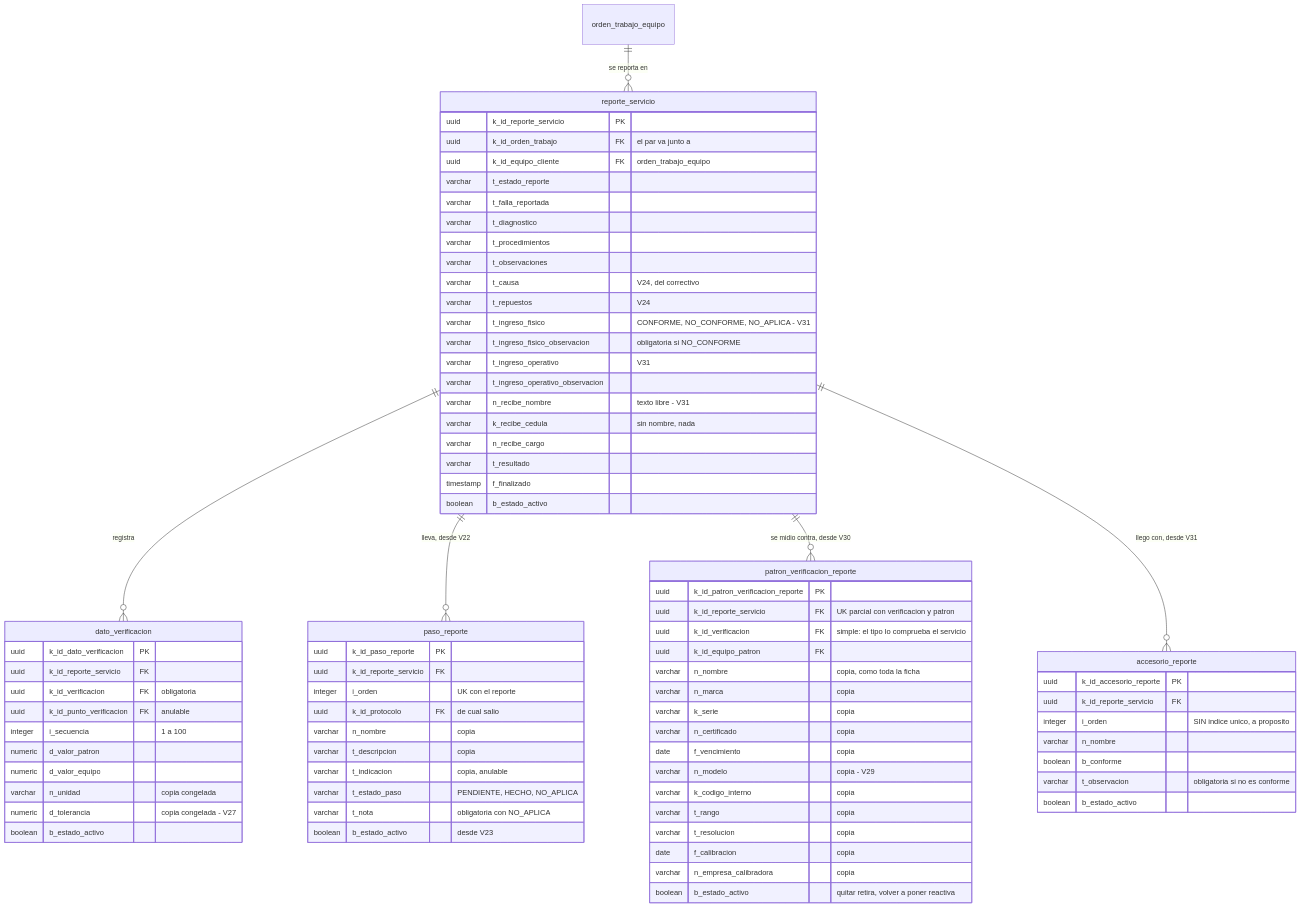
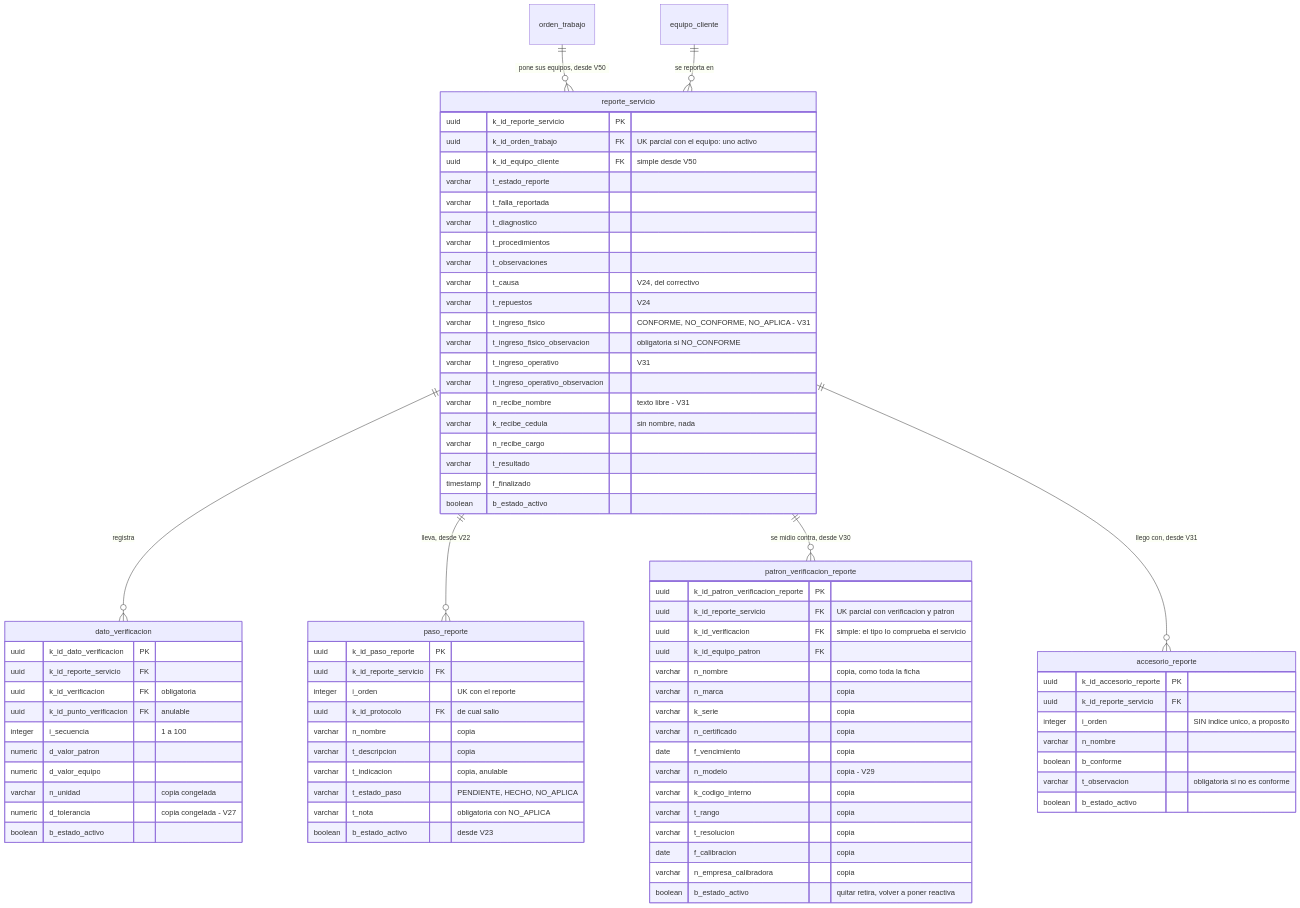
Diagram 12 of 12 in SecondBrain/wiki/base-de-datos/esquema-bd-malphasos.md (SeanBol222/MalphasOs), drawn with Mermaid before and after one commit. The commit also changed other lines of this file and 9 other files, not shown here.

````diff
--- a/SecondBrain/wiki/base-de-datos/esquema-bd-malphasos.md
+++ b/SecondBrain/wiki/base-de-datos/esquema-bd-malphasos.md
@@ -740,81 +742,82 @@
 ```mermaid
 erDiagram
-    orden_trabajo_equipo ||--o{ reporte_servicio : "se reporta en"
+    orden_trabajo ||--o{ reporte_servicio : "pone sus equipos, desde V50"
+    equipo_cliente ||--o{ reporte_servicio : "se reporta en"
     reporte_servicio ||--o{ dato_verificacion : "registra"
     reporte_servicio ||--o{ paso_reporte : "lleva, desde V22"
     reporte_servicio ||--o{ patron_verificacion_reporte : "se midio contra, desde V30"
     reporte_servicio ||--o{ accesorio_reporte : "llego con, desde V31"
     patron_verificacion_reporte {
         uuid k_id_patron_verificacion_reporte PK
         uuid k_id_reporte_servicio FK "UK parcial con verificacion y patron"
         uuid k_id_verificacion FK "simple: el tipo lo comprueba el servicio"
         uuid k_id_equipo_patron FK
         varchar n_nombre "copia, como toda la ficha"
         varchar n_marca "copia"
         varchar k_serie "copia"
         varchar n_certificado "copia"
         date f_vencimiento "copia"
         varchar n_modelo "copia - V29"
         varchar k_codigo_interno "copia"
         varchar t_rango "copia"
         varchar t_resolucion "copia"
         date f_calibracion "copia"
         varchar n_empresa_calibradora "copia"
         boolean b_estado_activo "quitar retira, volver a poner reactiva"
     }
     accesorio_reporte {
         uuid k_id_accesorio_reporte PK
         uuid k_id_reporte_servicio FK
         integer i_orden "SIN indice unico, a proposito"
         varchar n_nombre
         boolean b_conforme
         varchar t_observacion "obligatoria si no es conforme"
         boolean b_estado_activo
     }
     paso_reporte {
         uuid k_id_paso_reporte PK
         uuid k_id_reporte_servicio FK
         integer i_orden "UK con el reporte"
         uuid k_id_protocolo FK "de cual salio"
         varchar n_nombre "copia"
         varchar t_descripcion "copia"
         varchar t_indicacion "copia, anulable"
         varchar t_estado_paso "PENDIENTE, HECHO, NO_APLICA"
         varchar t_nota "obligatoria con NO_APLICA"
         boolean b_estado_activo "desde V23"
     }
     reporte_servicio {
         uuid k_id_reporte_servicio PK
-        uuid k_id_orden_trabajo FK "el par va junto a"
-        uuid k_id_equipo_cliente FK "orden_trabajo_equipo"
+        uuid k_id_orden_trabajo FK "UK parcial con el equipo: uno activo"
+        uuid k_id_equipo_cliente FK "simple desde V50"
         varchar t_estado_reporte
         varchar t_falla_reportada
         varchar t_diagnostico
         varchar t_procedimientos
         varchar t_observaciones
         varchar t_causa "V24, del correctivo"
         varchar t_repuestos "V24"
         varchar t_ingreso_fisico "CONFORME, NO_CONFORME, NO_APLICA - V31"
         varchar t_ingreso_fisico_observacion "obligatoria si NO_CONFORME"
         varchar t_ingreso_operativo "V31"
         varchar t_ingreso_operativo_observacion
         varchar n_recibe_nombre "texto libre - V31"
         varchar k_recibe_cedula "sin nombre, nada"
         varchar n_recibe_cargo
         varchar t_resultado
         timestamp f_finalizado
         boolean b_estado_activo
     }
     dato_verificacion {
         uuid k_id_dato_verificacion PK
         uuid k_id_reporte_servicio FK
         uuid k_id_verificacion FK "obligatoria"
         uuid k_id_punto_verificacion FK "anulable"
         integer i_secuencia "1 a 100"
         numeric d_valor_patron
         numeric d_valor_equipo
         varchar n_unidad "copia congelada"
         numeric d_tolerancia "copia congelada - V27"
         boolean b_estado_activo
     }
 ```
````
